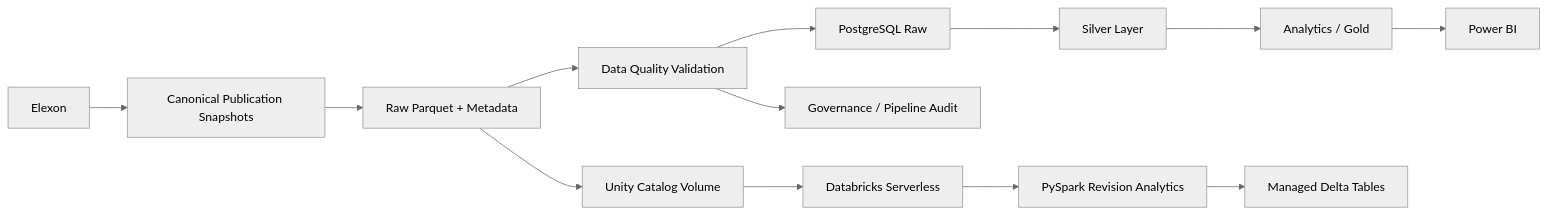
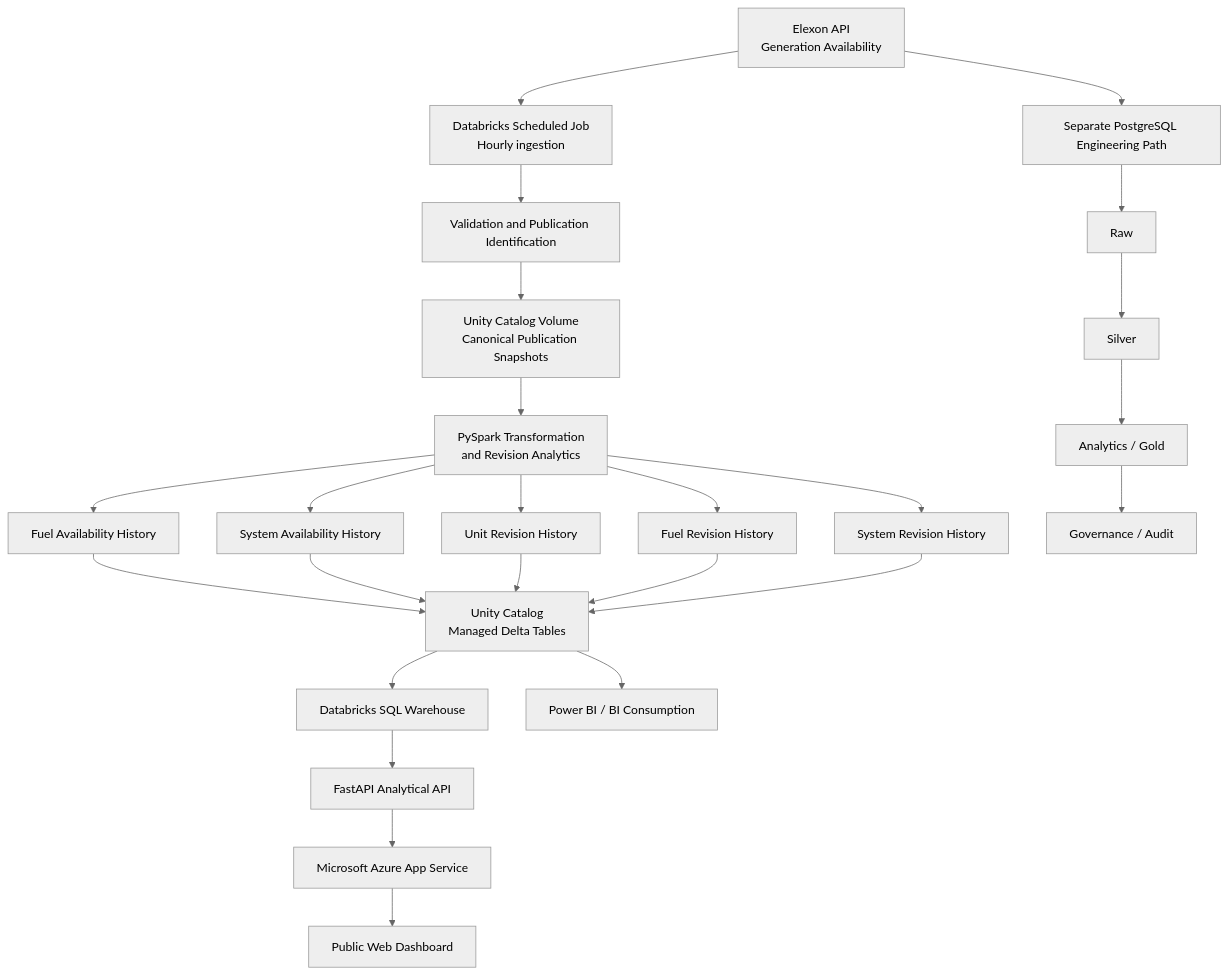
One commit to kamilkenny/GB-generation-availability-intelligence-platform changed the diagram in README.md. Above: the diagram before and after it, drawn with Mermaid (neutral theme). The commit also changed other lines of this file, not shown here.

````diff
--- a/README.md
+++ b/README.md
@@ -15,15 +147,41 @@
 ```mermaid
-flowchart LR
-    A[Elexon] --> B[Canonical Publication Snapshots]
-    B --> C[Raw Parquet + Metadata]
-    C --> D[Data Quality Validation]
-    D --> E[PostgreSQL Raw]
-    E --> F[Silver Layer]
-    F --> G[Analytics / Gold]
-    G --> H[Power BI]
-    C --> I[Unity Catalog Volume]
-    I --> J[Databricks Serverless]
-    J --> K[PySpark Revision Analytics]
-    K --> L[Managed Delta Tables]
-    D --> M[Governance / Pipeline Audit]
+flowchart TD
+
+    A[Elexon API<br/>Generation Availability]
+    --> B[Databricks Scheduled Job<br/>Hourly ingestion]
+
+    B --> C[Validation and Publication Identification]
+
+    C --> D[Unity Catalog Volume<br/>Canonical Publication Snapshots]
+
+    D --> E[PySpark Transformation<br/>and Revision Analytics]
+
+    E --> F1[Fuel Availability History]
+    E --> F2[System Availability History]
+    E --> F3[Unit Revision History]
+    E --> F4[Fuel Revision History]
+    E --> F5[System Revision History]
+
+    F1 --> G[Unity Catalog<br/>Managed Delta Tables]
+    F2 --> G
+    F3 --> G
+    F4 --> G
+    F5 --> G
+
+    G --> H[Databricks SQL Warehouse]
+
+    H --> I[FastAPI Analytical API]
+
+    I --> J[Microsoft Azure App Service]
+
+    J --> K[Public Web Dashboard]
+
+    G --> L[Power BI / BI Consumption]
+
+    A --> M[Separate PostgreSQL Engineering Path]
+
+    M --> N[Raw]
+    N --> O[Silver]
+    O --> P[Analytics / Gold]
+    P --> Q[Governance / Audit]
 ```
````
